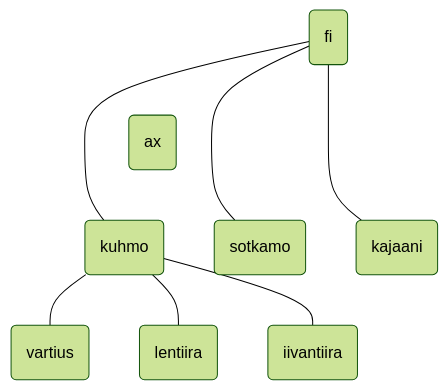
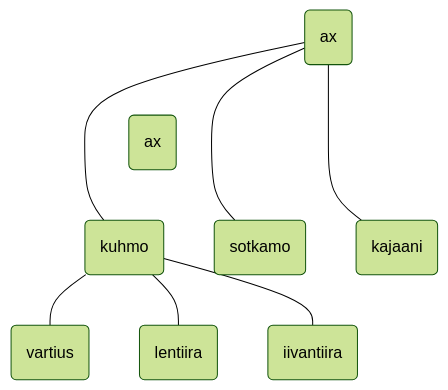
One commit to phdonner/verkkotunnus changed the diagram in README.md. Above: the diagram before and after it, drawn with Mermaid.

````diff
--- a/README.md
+++ b/README.md
@@ -9,13 +9,13 @@
 ```mermaid
 %%{init: {'theme':'forest'}}%%
 flowchart BT
    A(vartius)  --- D
    B(lentiira)   --- D
    C(iivantiira) --- D
    D(kuhmo)   ---- F(fi)
    E(sotkamo) ---- F(fi)
    G(kajaani) ---- F(fi)
    D(kuhmo)   ~~~ H(ax)
-   E(sotkamo) ~~~ F(fi)
-   G(kajaani) ~~~ F(fi)
+   E(sotkamo) ~~~ F(ax)
+   G(kajaani) ~~~ F(ax)
 ```
````
